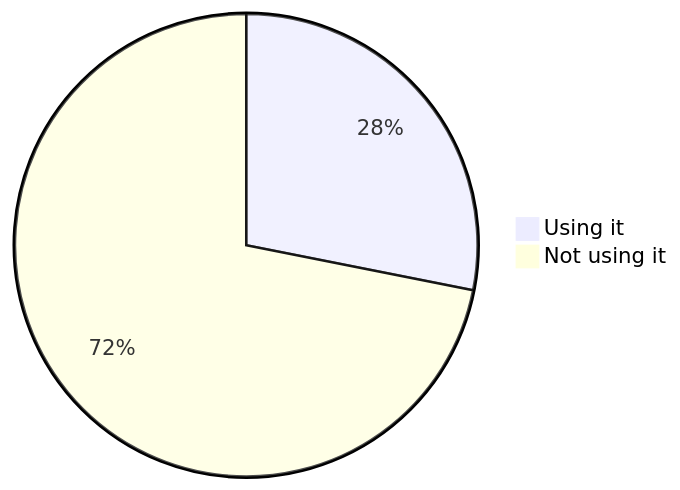
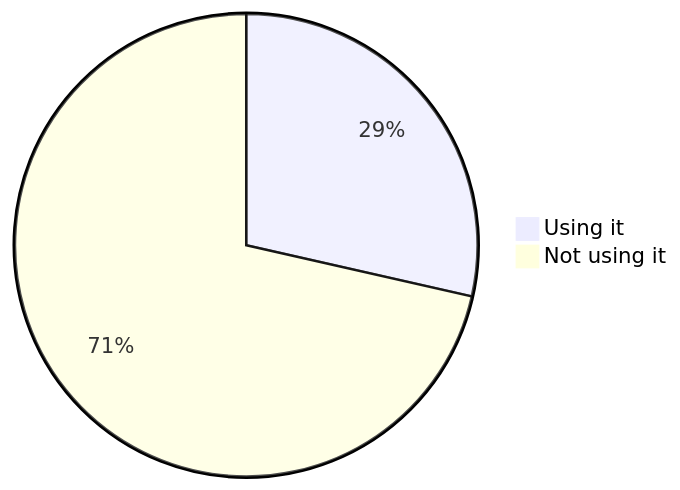
Before and after one commit to oshp/oshp-stats: diagram 14 of 22 in stats.md, drawn with Mermaid. The commit also changed other lines of this file, not shown here.

````diff
--- a/stats.md
+++ b/stats.md
@@ -166,6 +166,6 @@
 ```mermaid
 pie
-	"Using it" : 28.12
-	"Not using it" : 71.88
+	"Using it" : 28.55
+	"Not using it" : 71.45
 
 ```
````
